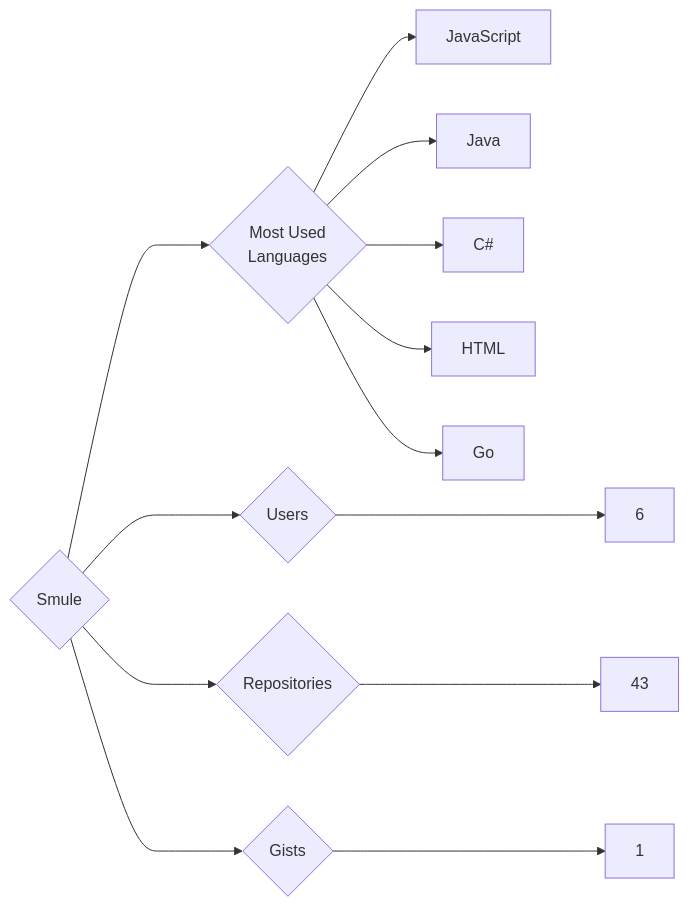
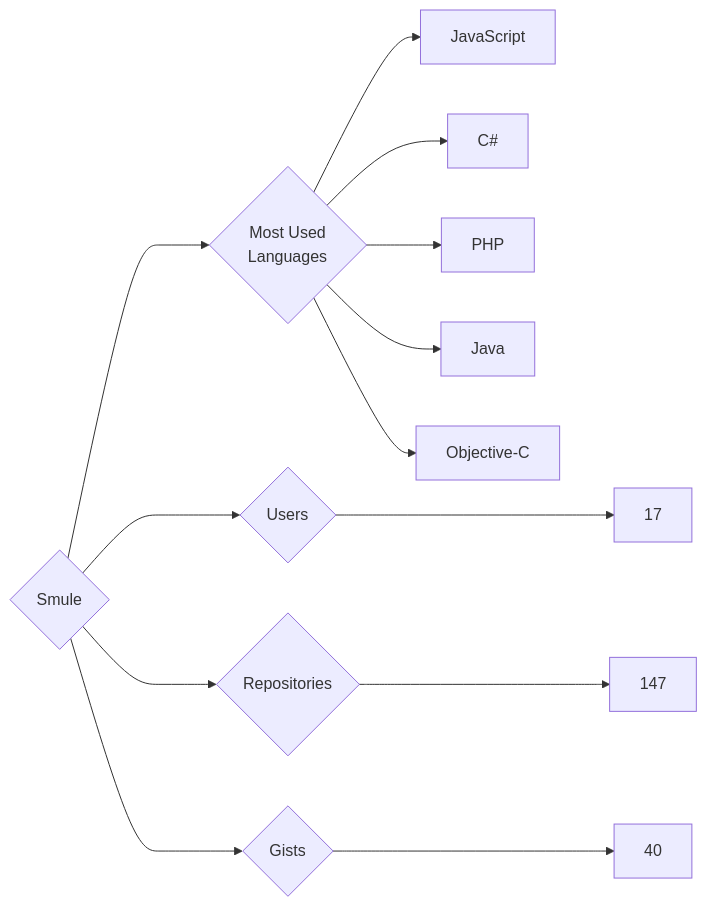
Before and after one commit to trickest/insiders: the diagram in targets/Smule/README.md, drawn with Mermaid. The commit also changed 860 other files, not shown here.

````diff
--- a/targets/Smule/README.md
+++ b/targets/Smule/README.md
@@ -3,13 +3,13 @@
 ```mermaid
 graph LR
 COMPANY_NAME{Smule}
-COMPANY_NAME ---> U{Users} ---> UN[6]
-COMPANY_NAME ---> R{Repositories} ---> RN[43]
-COMPANY_NAME ---> G{Gists} ---> GN[1]
+COMPANY_NAME ---> U{Users} ---> UN[17]
+COMPANY_NAME ---> R{Repositories} ---> RN[147]
+COMPANY_NAME ---> G{Gists} ---> GN[40]
 COMPANY_NAME ---> ML{Most Used<br>Languages}
 ML --> JavaScript[JavaScript]
+ML --> C#[C#]
+ML --> PHP[PHP]
 ML --> Java[Java]
-ML --> C#[C#]
-ML --> HTML[HTML]
-ML --> Go[Go]
+ML --> Objective-C[Objective-C]
 ```
````
